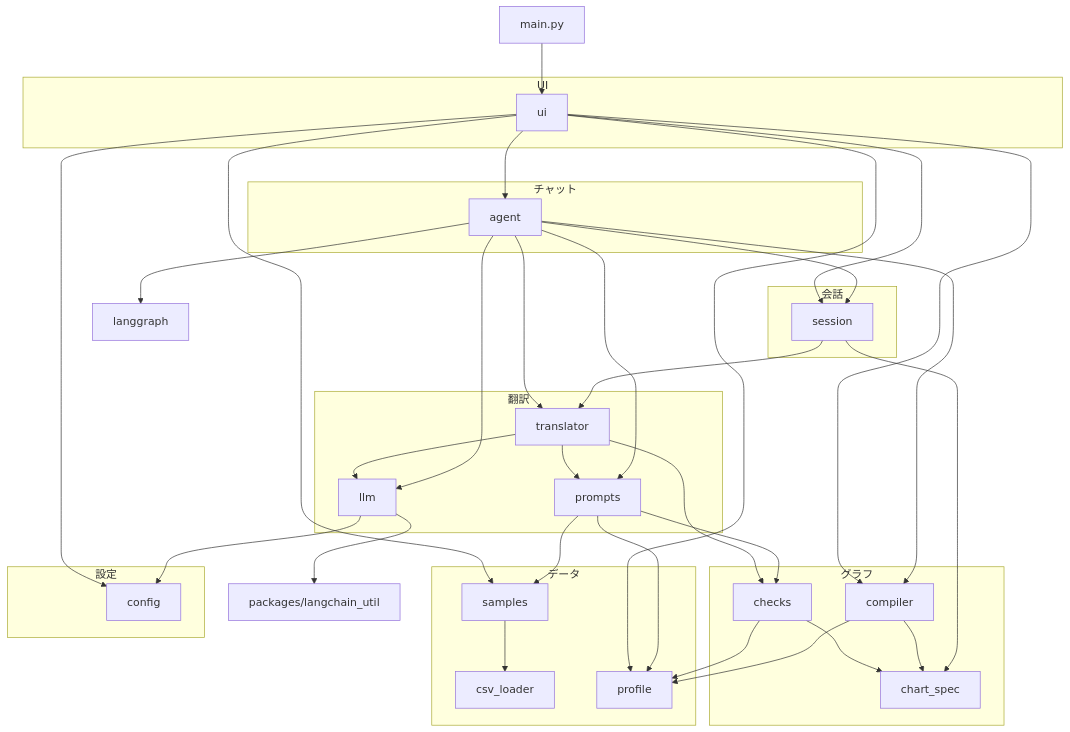
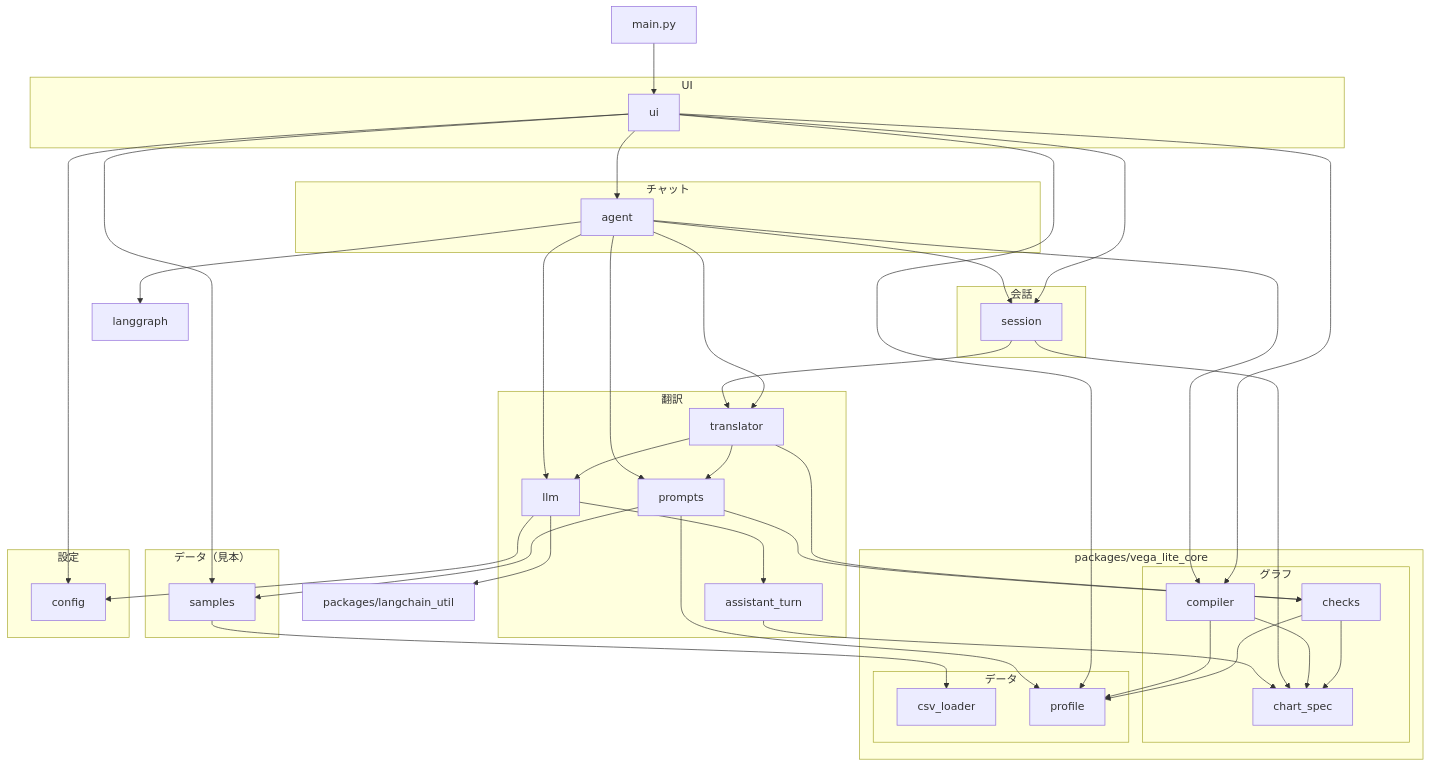
The first of 2 diagrams in packages/vega_lite_chat/DESIGN.md (jack06215/engineercafe-showcase), drawn with Mermaid before and after one commit. The commit also changed other lines of this file and 33 other files, not shown here.

First line of the commit message:
refactor: share the chart code as packages/vega_lite_core

````diff
--- a/packages/vega_lite_chat/DESIGN.md
+++ b/packages/vega_lite_chat/DESIGN.md
@@ -40,50 +44,59 @@
 ```mermaid
 flowchart TD
     main[main.py] --> ui
     subgraph uiLayer[UI]
         ui
     end
     subgraph agentLayer[チャット]
         agent
     end
     subgraph convLayer[会話]
         session
     end
     subgraph transLayer[翻訳]
         translator --> prompts
         translator --> llm
+        assistant_turn
     end
-    subgraph chartLayer[グラフ]
-        checks --> chart_spec
-        compiler --> chart_spec
+    subgraph core[packages/vega_lite_core]
+        subgraph chartLayer[グラフ]
+            checks --> chart_spec
+            compiler --> chart_spec
+        end
+        subgraph coreDataLayer[データ]
+            csv_loader
+            profile
+        end
     end
-    subgraph dataLayer[データ]
-        samples --> csv_loader
-        profile
+    subgraph dataLayer[データ（見本）]
+        samples
     end
     subgraph configLayer[設定]
         config
     end
     ui --> agent
     ui --> session
     ui --> compiler
     ui --> samples
     ui --> profile
     ui --> config
     agent --> session
     agent --> translator
     agent --> prompts
     agent --> compiler
     agent --> llm
     agent --> langgraph[langgraph]
     session --> translator
     session --> chart_spec
+    llm --> assistant_turn
+    assistant_turn --> chart_spec
+    samples --> csv_loader
     translator --> checks
     prompts --> checks
     prompts --> samples
     prompts --> profile
     checks --> profile
     compiler --> profile
     llm --> config
     llm --> langchain_util[packages/langchain_util]
 ```
````
